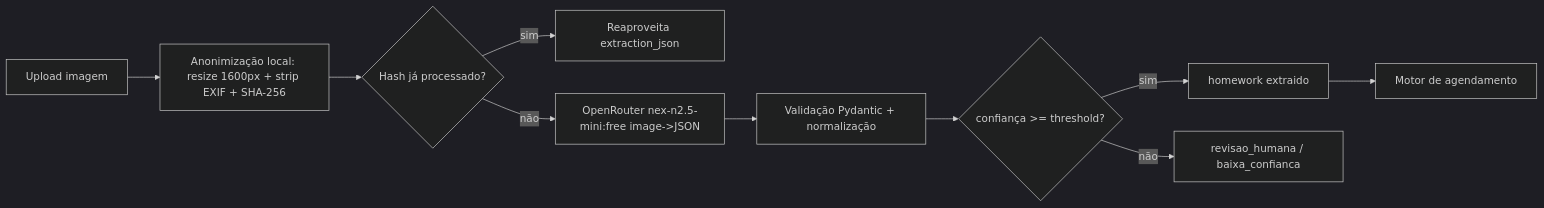
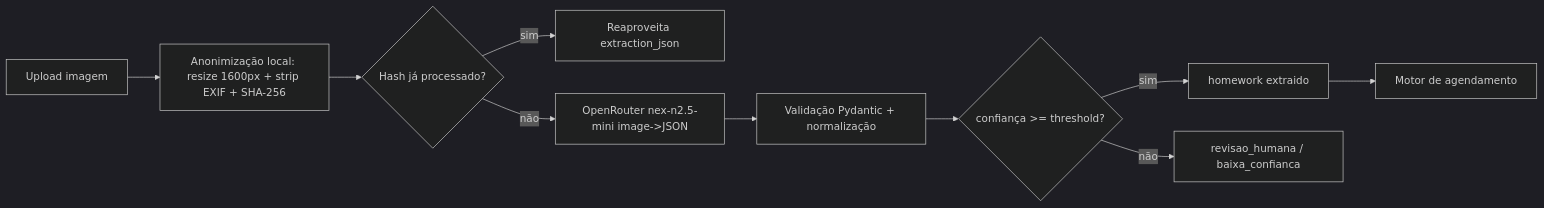
One commit to elrcosta-lab/hora_da_tarefa changed the second of 2 diagrams in SPECS.md. Above: the diagram before and after it, drawn with Mermaid (dark theme). The commit also changed other lines of this file and 9 other files, not shown here.

````diff
--- a/SPECS.md
+++ b/SPECS.md
@@ -778,12 +778,12 @@
 ```mermaid
 flowchart LR
   A[Upload imagem] --> B[Anonimização local: resize 1600px + strip EXIF + SHA-256]
   B --> C{Hash já processado?}
   C -- sim --> K[Reaproveita extraction_json]
-  C -- não --> E[OpenRouter nex-n2.5-mini:free image->JSON]
+  C -- não --> E[OpenRouter nex-n2.5-mini image->JSON]
   E --> G[Validação Pydantic + normalização]
   G --> H{confiança >= threshold?}
   H -- sim --> I[homework extraido]
   H -- não --> J[revisao_humana / baixa_confianca]
   I --> K2[Motor de agendamento]
 ```
````
